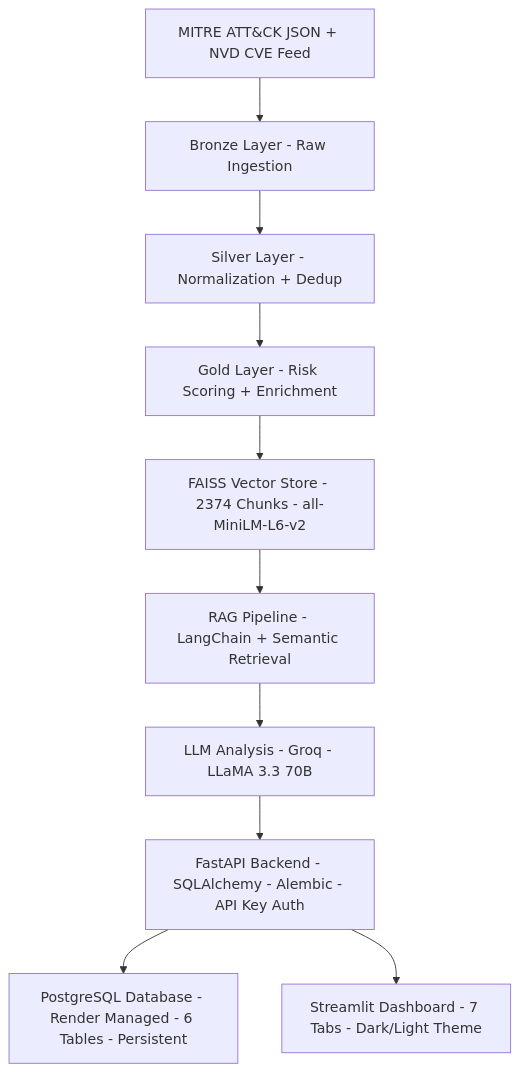
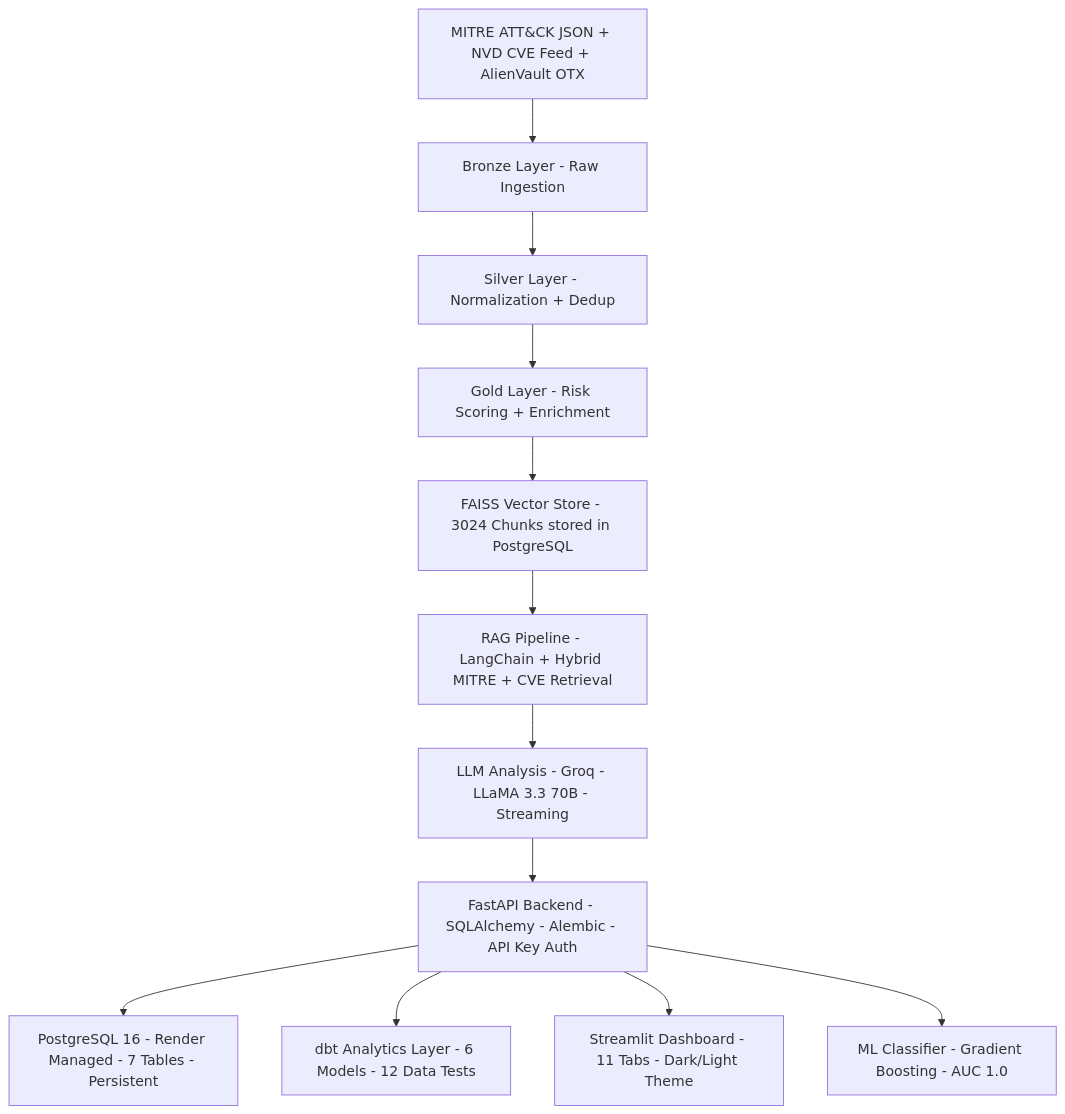
Before and after one commit to durgasri-dotcom/cybermind: the diagram in README.md, drawn with Mermaid. The commit also changed other lines of this file, not shown here.

Commit message:
docs: comprehensive README update with all new features

````diff
--- a/README.md
+++ b/README.md
@@ -28,12 +27,14 @@
 ```mermaid
 flowchart TD
-    A[MITRE ATT&CK JSON + NVD CVE Feed] --> B[Bronze Layer - Raw Ingestion]
+    A[MITRE ATT&CK JSON + NVD CVE Feed + AlienVault OTX] --> B[Bronze Layer - Raw Ingestion]
     B --> C[Silver Layer - Normalization + Dedup]
     C --> D[Gold Layer - Risk Scoring + Enrichment]
-    D --> E[FAISS Vector Store - 2374 Chunks - all-MiniLM-L6-v2]
-    E --> F[RAG Pipeline - LangChain + Semantic Retrieval]
-    F --> G[LLM Analysis - Groq - LLaMA 3.3 70B]
+    D --> E[FAISS Vector Store - 3024 Chunks stored in PostgreSQL]
+    E --> F[RAG Pipeline - LangChain + Hybrid MITRE + CVE Retrieval]
+    F --> G[LLM Analysis - Groq - LLaMA 3.3 70B - Streaming]
     G --> H[FastAPI Backend - SQLAlchemy - Alembic - API Key Auth]
-    H --> I[PostgreSQL Database - Render Managed - 6 Tables - Persistent]
-    H --> J[Streamlit Dashboard - 7 Tabs - Dark/Light Theme]
+    H --> I[PostgreSQL 16 - Render Managed - 7 Tables - Persistent]
+    H --> J[dbt Analytics Layer - 6 Models - 12 Data Tests]
+    H --> K[Streamlit Dashboard - 11 Tabs - Dark/Light Theme]
+    H --> L[ML Classifier - Gradient Boosting - AUC 1.0]
 ```
````
